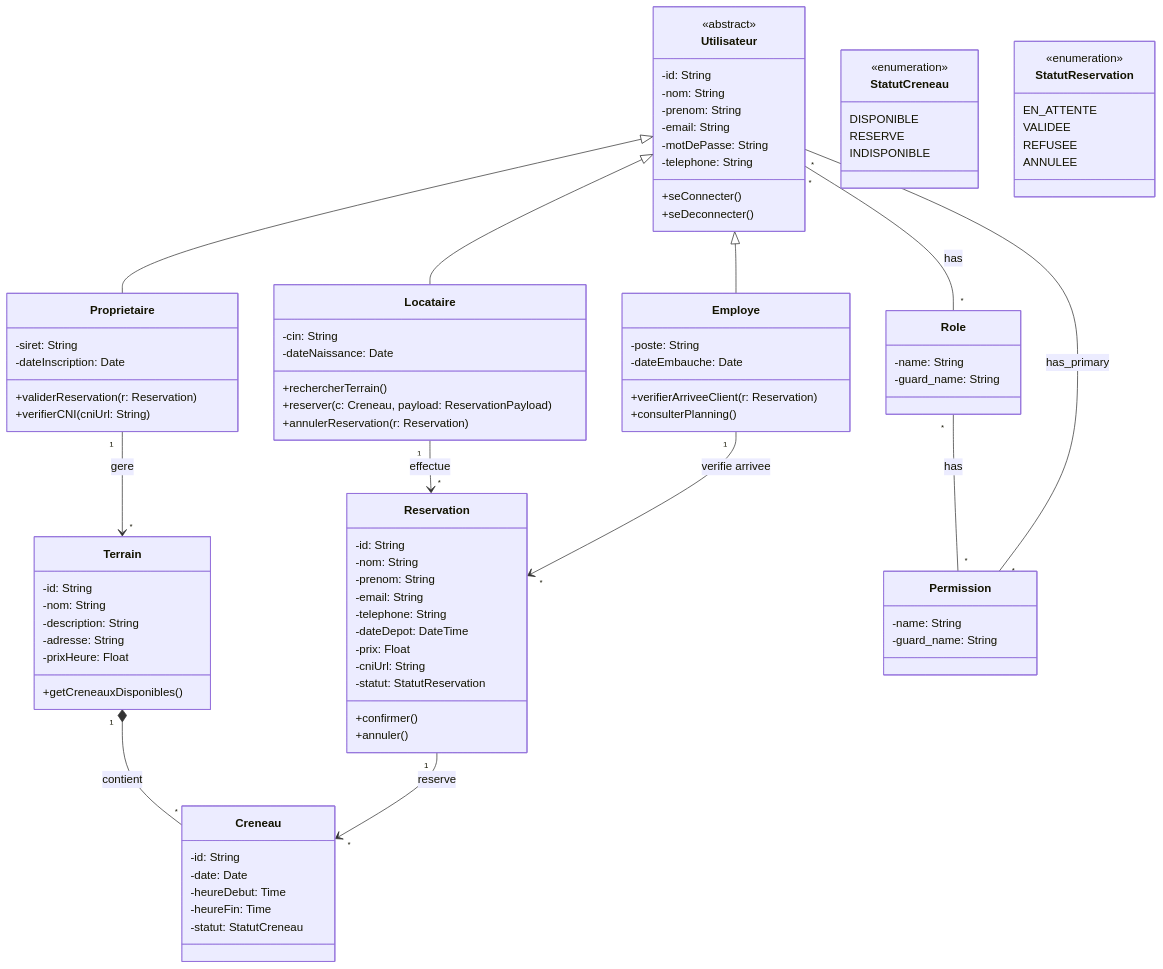
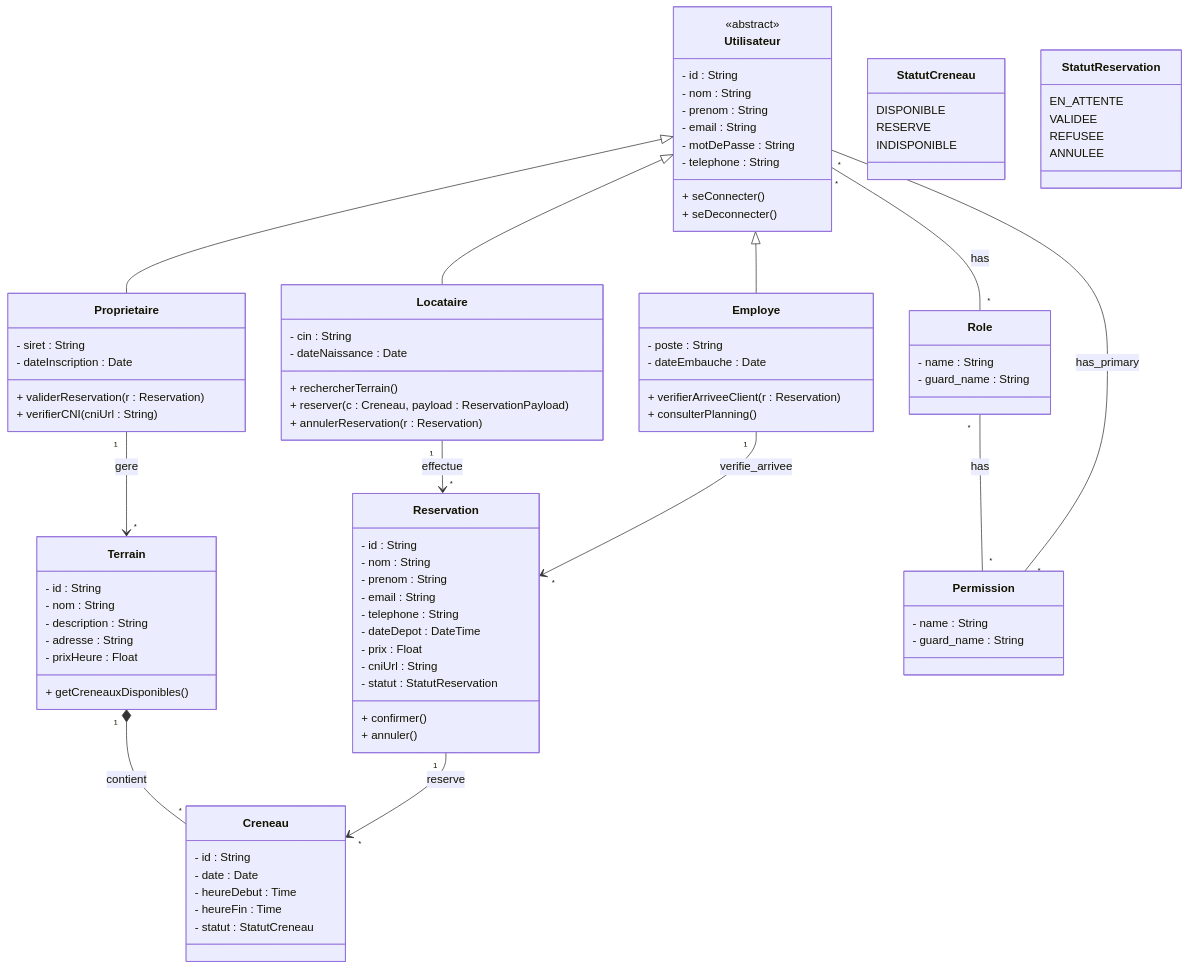
One commit to Adnane-x87/ProMatch changed the diagram in Analyse/diagramme-de-classe/diagramme-classe.mmd. Above: the diagram before and after it, drawn with Mermaid. The commit also changed 1 other file, not shown here.

Commit message:
Update class diagram: modifications des classes et relations

```diff
--- a/Analyse/diagramme-de-classe/diagramme-classe.mmd
+++ b/Analyse/diagramme-de-classe/diagramme-classe.mmd
@@ -1,104 +1,109 @@
 classDiagram
+%% Classes Utilisateur et ses sous-classes
 class Utilisateur {
     <<abstract>>
-    -id: String
-    -nom: String
-    -prenom: String
-    -email: String
-    -motDePasse: String
-    -telephone: String
-    +seConnecter()
-    +seDeconnecter()
+    - id : String
+    - nom : String
+    - prenom : String
+    - email : String
+    - motDePasse : String
+    - telephone : String
+    + seConnecter()
+    + seDeconnecter()
 }
 
 class Proprietaire {
-    -siret: String
-    -dateInscription: Date
-    +validerReservation(r: Reservation)
-    +verifierCNI(cniUrl: String)
+    - siret : String
+    - dateInscription : Date
+    + validerReservation(r : Reservation)
+    + verifierCNI(cniUrl : String)
 }
 
 class Locataire {
-    -cin: String
-    -dateNaissance: Date
-    +rechercherTerrain()
-    +reserver(c: Creneau, payload: ReservationPayload)
-    +annulerReservation(r: Reservation)
+    - cin : String
+    - dateNaissance : Date
+    + rechercherTerrain()
+    + reserver(c : Creneau, payload : ReservationPayload)
+    + annulerReservation(r : Reservation)
 }
 
 class Employe {
-    -poste: String
-    -dateEmbauche: Date
-    +verifierArriveeClient(r: Reservation)
-    +consulterPlanning()
+    - poste : String
+    - dateEmbauche : Date
+    + verifierArriveeClient(r : Reservation)
+    + consulterPlanning()
 }
 
 Utilisateur <|-- Proprietaire
 Utilisateur <|-- Locataire
 Utilisateur <|-- Employe
 
+%% Classe Terrain et Creneau
 class Terrain {
-    -id: String
-    -nom: String
-    -description: String
-    -adresse: String
-    -prixHeure: Float
-    +getCreneauxDisponibles()
+    - id : String
+    - nom : String
+    - description : String
+    - adresse : String
+    - prixHeure : Float
+    + getCreneauxDisponibles()
 }
 
 class Creneau {
-    -id: String
-    -date: Date
-    -heureDebut: Time
-    -heureFin: Time
-    -statut: StatutCreneau
+    - id : String
+    - date : Date
+    - heureDebut : Time
+    - heureFin : Time
+    - statut : StatutCreneau
 }
 
 class StatutCreneau {
-    <<enumeration>>
     DISPONIBLE
     RESERVE
     INDISPONIBLE
 }
 
+Terrain "1" *-- "*" Creneau : contient
+
+%% Classe Reservation
 class Reservation {
-    -id: String
-    -nom: String
-    -prenom: String
-    -email: String
-    -telephone: String
-    -dateDepot: DateTime
-    -prix: Float
-    -cniUrl: String
-    -statut: StatutReservation
-    +confirmer()
-    +annuler()
+    - id : String
+    - nom : String
+    - prenom : String
+    - email : String
+    - telephone : String
+    - dateDepot : DateTime
+    - prix : Float
+    - cniUrl : String
+    - statut : StatutReservation
+    + confirmer()
+    + annuler()
 }
 
 class StatutReservation {
-    <<enumeration>>
     EN_ATTENTE
     VALIDEE
     REFUSEE
     ANNULEE
 }
 
+Locataire "1" --> "*" Reservation : effectue
+Reservation "1" --> "*" Creneau : reserve
+Employe "1" --> "*" Reservation : verifie_arrivee
+
+%% Classes Role et Permission
 class Role {
-    -name: String
-    -guard_name: String
+    - name : String
+    - guard_name : String
 }
 
 class Permission {
-    -name: String
-    -guard_name: String
+    - name : String
+    - guard_name : String
 }
 
 Utilisateur "*" -- "*" Role : has
 Role "*" -- "*" Permission : has
 Utilisateur "*" -- "*" Permission : has_primary
 
+%% Proprietaire gère les terrains
 Proprietaire "1" --> "*" Terrain : gere
-Terrain "1" *-- "*" Creneau : contient
-Locataire "1" --> "*" Reservation : effectue
-Reservation "1" --> "*" Creneau : reserve
-Employe "1" --> "*" Reservation : verifie arrivee
```
